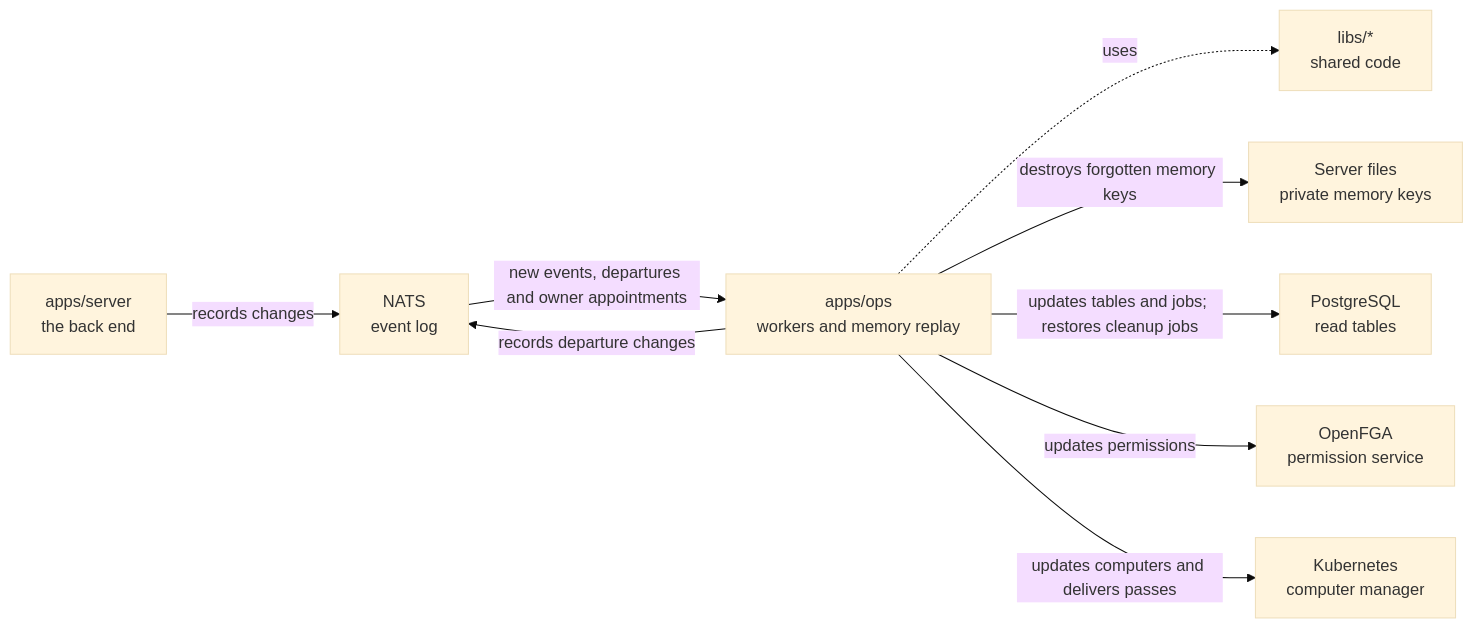
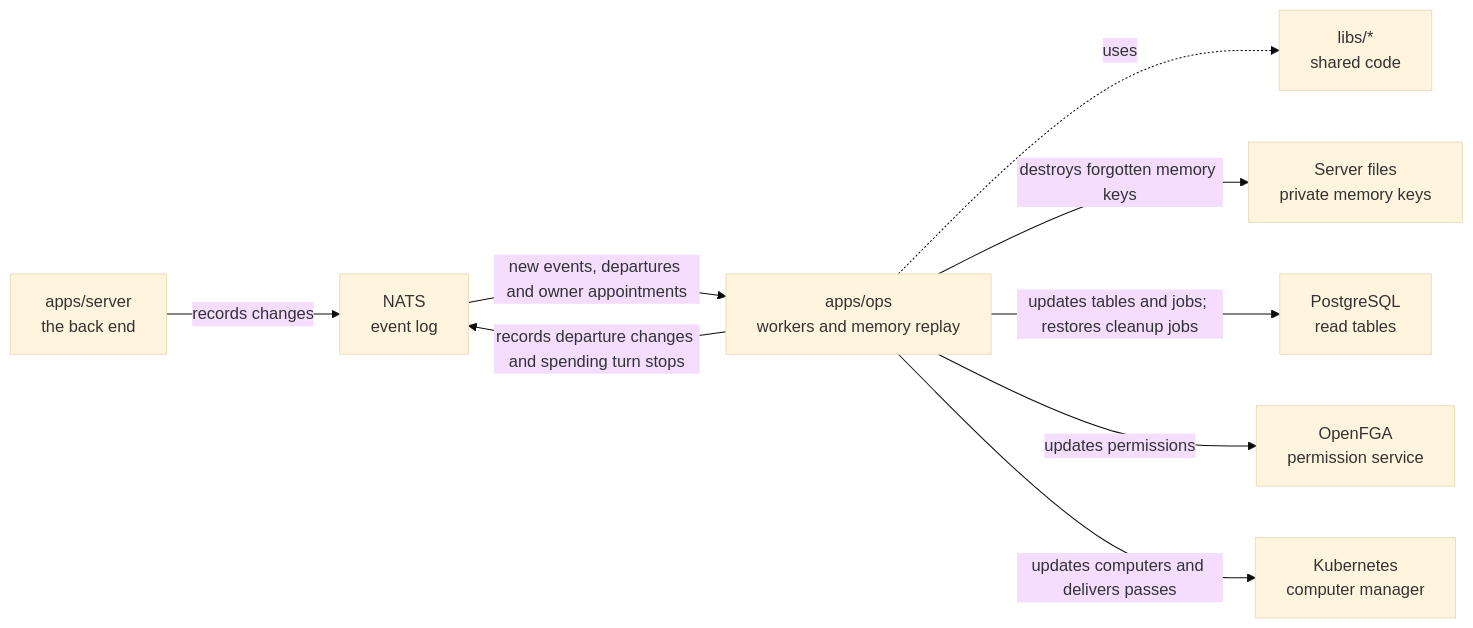
Before and after one commit to elewa-git/opencrane-new: the diagram in apps/ops/README.md, drawn with Mermaid (base theme). The commit also changed other lines of this file and 22 other files, not shown here.

````diff
--- a/apps/ops/README.md
+++ b/apps/ops/README.md
@@ -11,11 +11,11 @@
 ```mermaid
 flowchart LR
   server["apps/server<br/>the back end"] -->|records changes| nats["NATS<br/>event log"]
   nats -->|new events, departures and owner appointments| ops["apps/ops<br/>workers and memory replay"]
-  ops -->|records departure changes| nats
+  ops -->|records departure changes and spending turn stops| nats
   ops -.->|uses| libs["libs/*<br/>shared code"]
   ops -->|destroys forgotten memory keys| keys["Server files<br/>private memory keys"]
   ops -->|updates tables and jobs; restores cleanup jobs| postgres["PostgreSQL<br/>read tables"]
   ops -->|updates permissions| fga["OpenFGA<br/>permission service"]
   ops -->|updates computers and delivers passes| kube["Kubernetes<br/>computer manager"]
 ```
````
